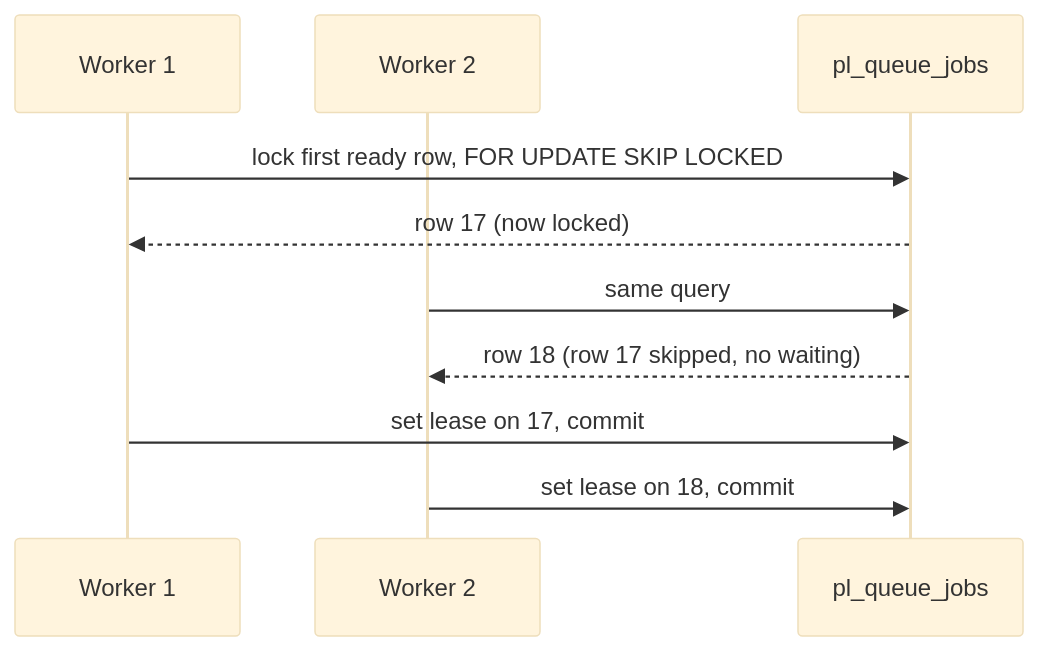
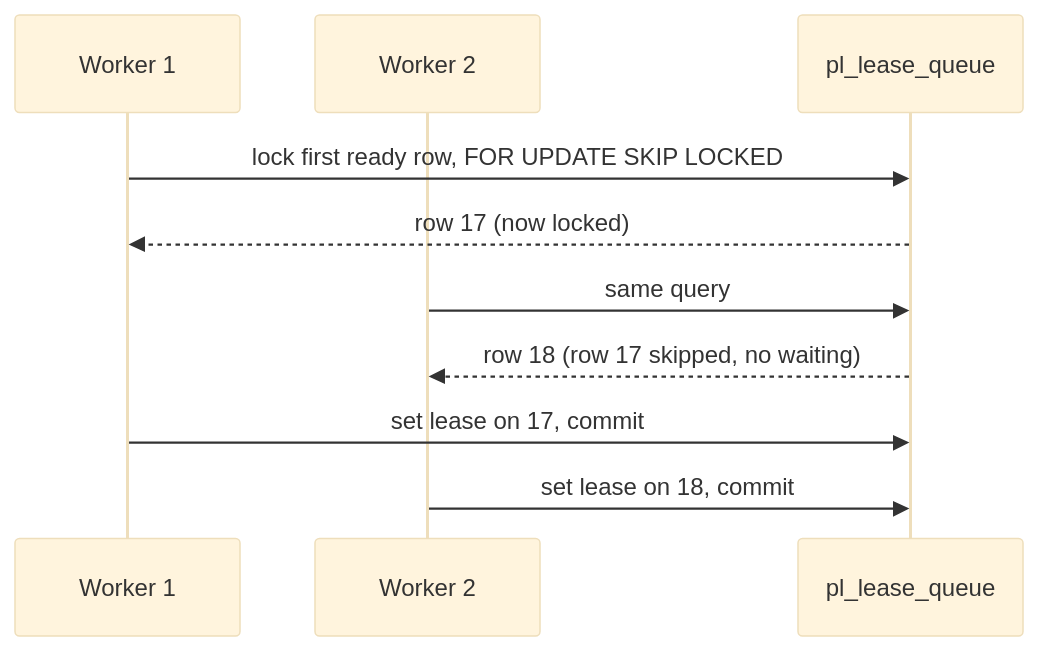
Before and after one commit to Prometheus-AGS/prometheus-parking-lot-rs: the second of 2 diagrams in website/docs/concepts/leases.md, drawn with Mermaid (base theme). The commit also changed other lines of this file and 7 other files, not shown here.

````diff
--- a/website/docs/concepts/leases.md
+++ b/website/docs/concepts/leases.md
@@ -88,12 +88,12 @@
 ```mermaid
 sequenceDiagram
   participant W1 as Worker 1
   participant W2 as Worker 2
-  participant DB as pl_queue_jobs
+  participant DB as pl_lease_queue
   W1->>DB: lock first ready row, FOR UPDATE SKIP LOCKED
   DB-->>W1: row 17 (now locked)
   W2->>DB: same query
   DB-->>W2: row 18 (row 17 skipped, no waiting)
   W1->>DB: set lease on 17, commit
   W2->>DB: set lease on 18, commit
 ```
````
